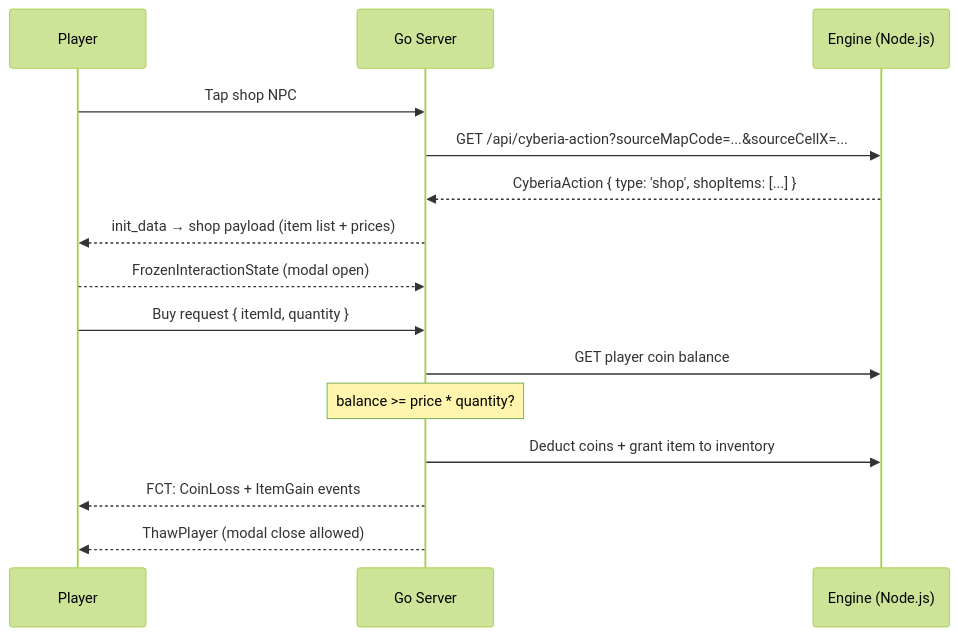
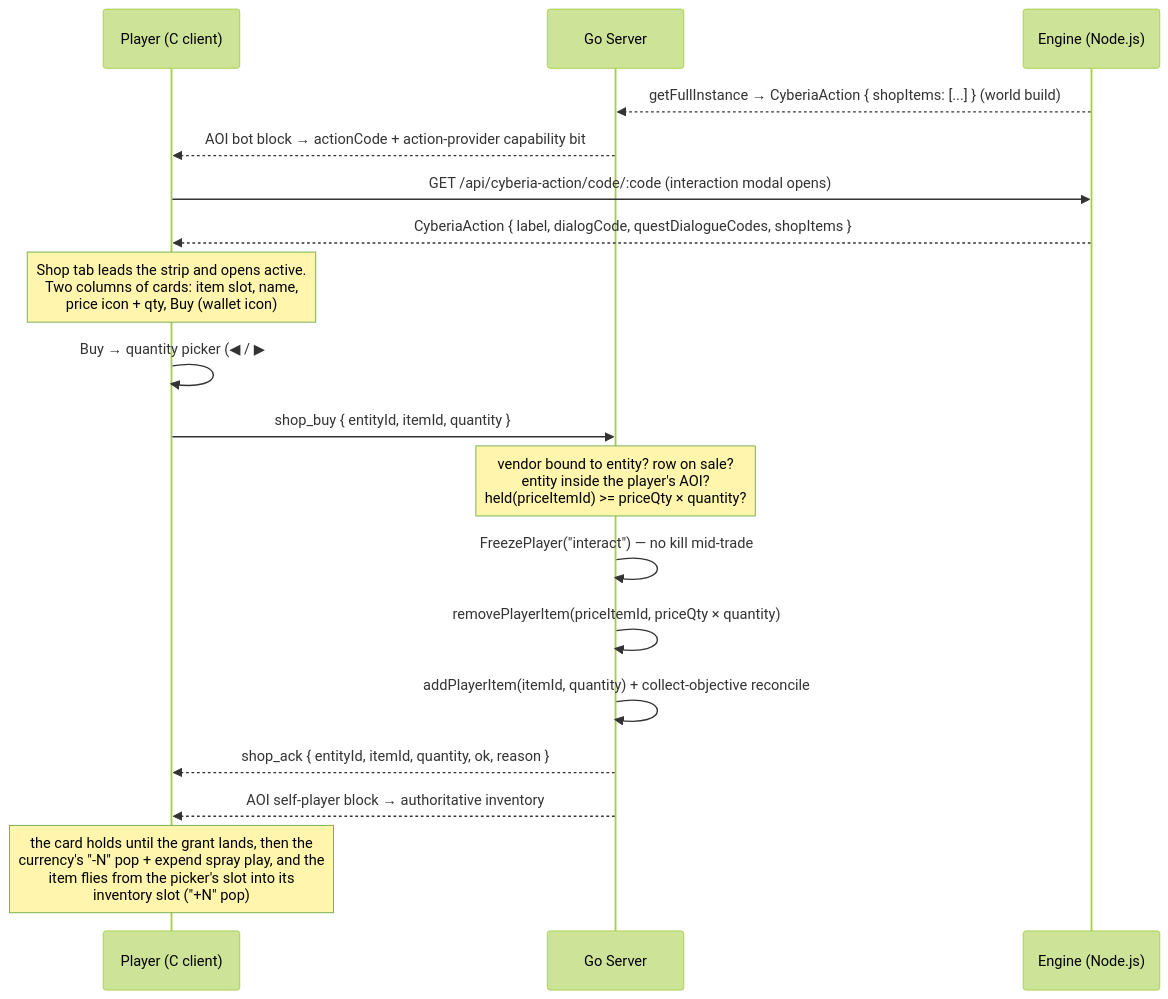
The second of 3 diagrams in src/client/public/cyberia-docs/ACTION-SYSTEM.md (underpostnet/engine), drawn with Mermaid (forest theme) before and after one commit. The commit also changed other lines of this file, not shown here.

Commit message:
[docs] Document shop transaction flow in action system

````diff
--- a/src/client/public/cyberia-docs/ACTION-SYSTEM.md
+++ b/src/client/public/cyberia-docs/ACTION-SYSTEM.md
@@ -112,19 +127,22 @@
 ```mermaid
 sequenceDiagram
-    participant P as Player
+    participant P as Player (C client)
     participant G as Go Server
     participant E as Engine (Node.js)
 
-    P->>G: Tap shop NPC
-    G->>E: GET /api/cyberia-action?sourceMapCode=...&sourceCellX=...
-    E-->>G: CyberiaAction { type: 'shop', shopItems: [...] }
-    G-->>P: init_data → shop payload (item list + prices)
-    P-->>G: FrozenInteractionState (modal open)
+    E-->>G: getFullInstance → CyberiaAction { shopItems: [...] } (world build)
+    G-->>P: AOI bot block → actionCode + action-provider capability bit
+    P->>E: GET /api/cyberia-action/code/:code (interaction modal opens)
+    E-->>P: CyberiaAction { label, dialogCode, questDialogueCodes, shopItems }
+    Note over P: Shop tab leads the strip and opens active.<br/>Two columns of cards: item slot, name,<br/>price icon + qty, Buy (wallet icon)
 
-    P->>G: Buy request { itemId, quantity }
-    G->>E: GET player coin balance
-    Note over G: balance >= price * quantity?
-    G->>E: Deduct coins + grant item to inventory
-    G-->>P: FCT: CoinLoss + ItemGain events
-    G-->>P: ThawPlayer (modal close allowed)
+    P->>P: Buy → quantity picker (◀ / ▶ #N, 1..10, capped by what the player<br/>can pay) with a running total, then Cancel or Buy
+    P->>G: shop_buy { entityId, itemId, quantity }
+    Note over G: vendor bound to entity? row on sale?<br/>entity inside the player's AOI?<br/>held(priceItemId) >= priceQty × quantity?
+    G->>G: FreezePlayer("interact") — no kill mid-trade
+    G->>G: removePlayerItem(priceItemId, priceQty × quantity)
+    G->>G: addPlayerItem(itemId, quantity) + collect-objective reconcile
+    G-->>P: shop_ack { entityId, itemId, quantity, ok, reason }
+    G-->>P: AOI self-player block → authoritative inventory
+    Note over P: the card holds until the grant lands, then the<br/>currency's "-N" pop + expend spray play, and the<br/>item flies from the picker's slot into its<br/>inventory slot ("+N" pop)
 ```
````
